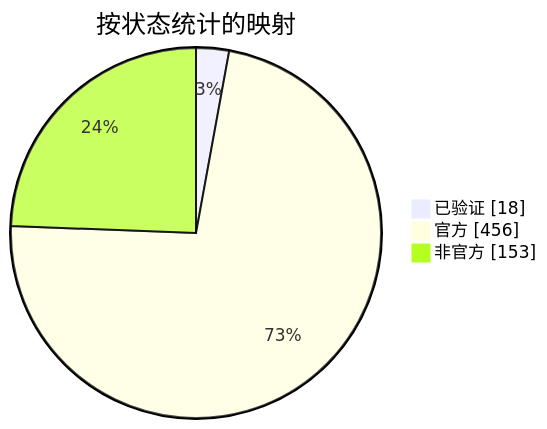
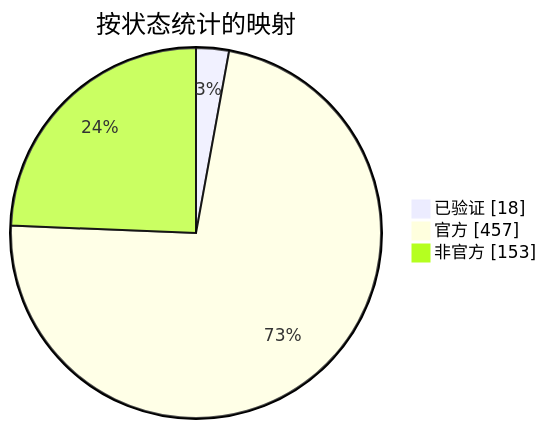
Before and after one commit to nobrega8/mbmap-library: the diagram in docs/readme/README_ZHS.md, drawn with Mermaid. The commit also changed 6 other files, not shown here.

````diff
--- a/docs/readme/README_ZHS.md
+++ b/docs/readme/README_ZHS.md
@@ -54,7 +54,7 @@
 ```mermaid
 pie showData
     title 按状态统计的映射
     "已验证" : 18
-    "官方" : 456
+    "官方" : 457
     "非官方" : 153
 ```
````
